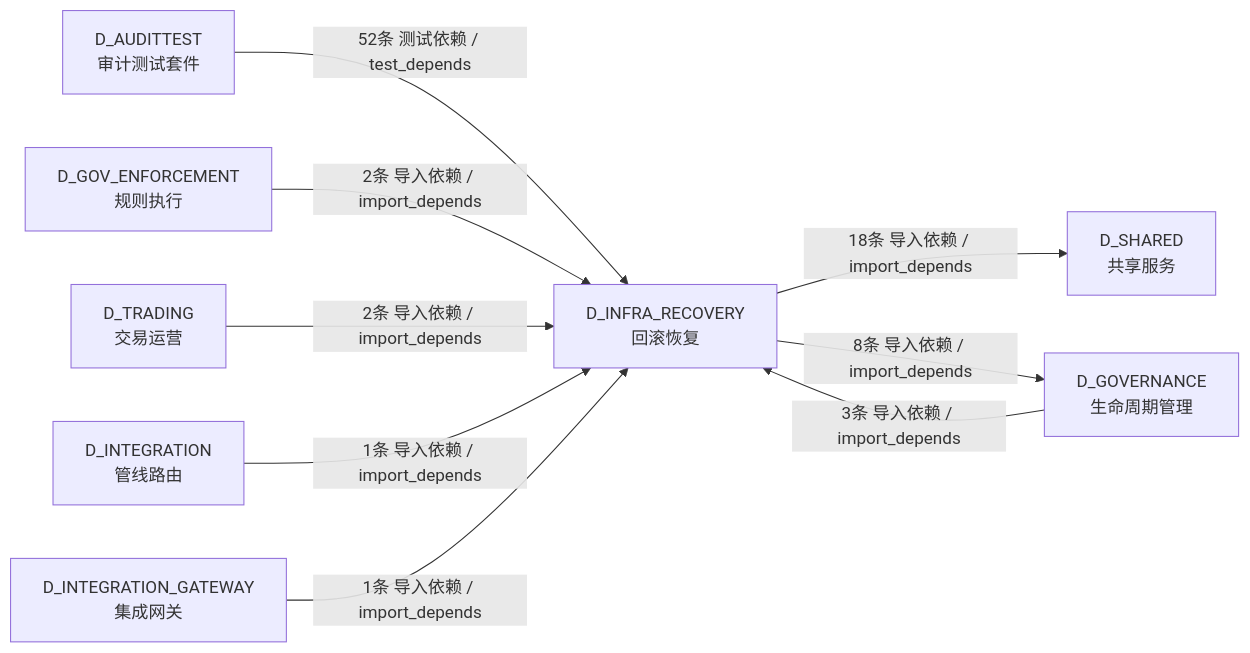
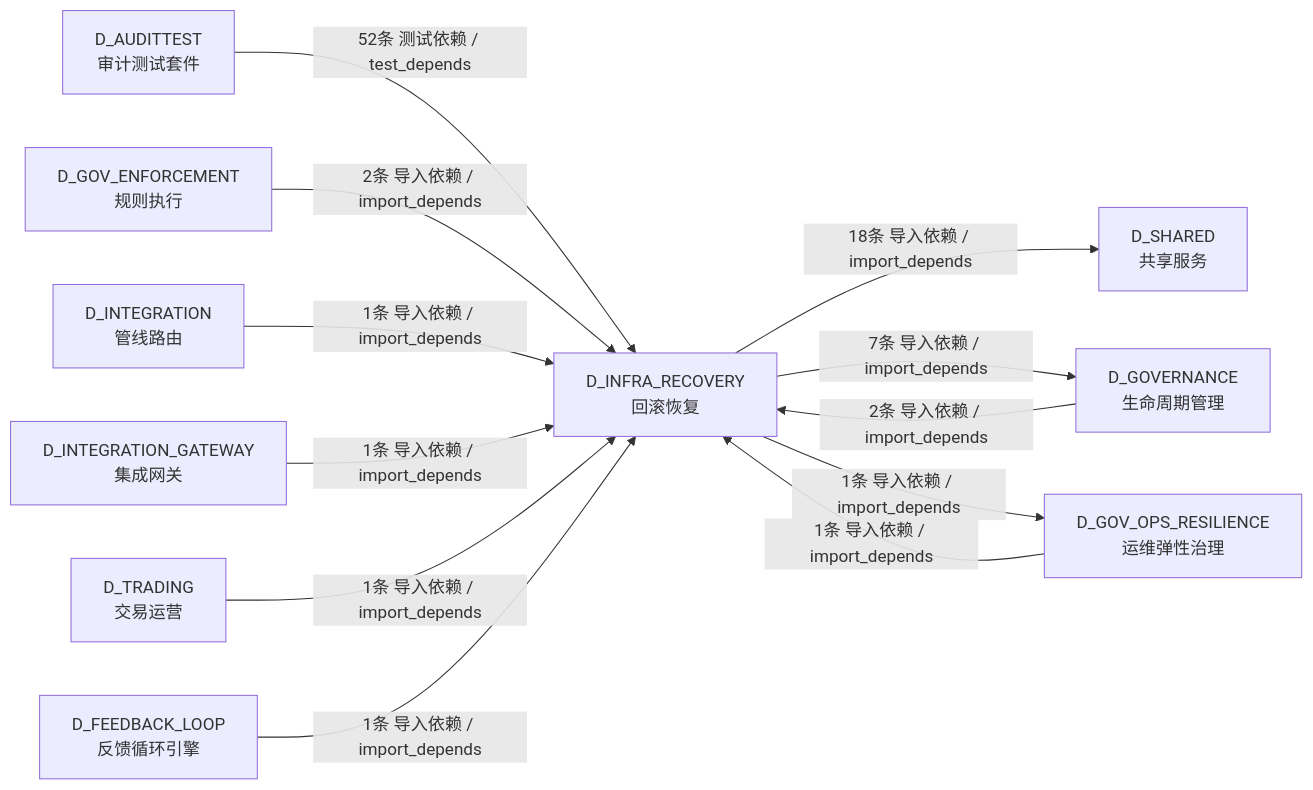
One commit to xuanFelixVan/ZephyrAlpha changed the fifth of 5 diagrams in docs/02_enterprise_architecture/02_domain_architecture_docs/03_d_infra_recovery.md. Above: the diagram before and after it, drawn with Mermaid. The commit also changed other lines of this file and 85 other files, not shown here.

````diff
--- a/docs/02_enterprise_architecture/02_domain_architecture_docs/03_d_infra_recovery.md
+++ b/docs/02_enterprise_architecture/02_domain_architecture_docs/03_d_infra_recovery.md
@@ -546,19 +548,24 @@
 ```mermaid
 graph LR
     D_INFRA_RECOVERY["D_INFRA_RECOVERY<br/>回滚恢复"]
     D_SHARED["D_SHARED<br/>共享服务"]
     D_GOVERNANCE["D_GOVERNANCE<br/>生命周期管理"]
+    D_GOV_OPS_RESILIENCE["D_GOV_OPS_RESILIENCE<br/>运维弹性治理"]
     D_AUDITTEST["D_AUDITTEST<br/>审计测试套件"]
     D_GOV_ENFORCEMENT["D_GOV_ENFORCEMENT<br/>规则执行"]
-    D_TRADING["D_TRADING<br/>交易运营"]
     D_INTEGRATION["D_INTEGRATION<br/>管线路由"]
     D_INTEGRATION_GATEWAY["D_INTEGRATION_GATEWAY<br/>集成网关"]
+    D_TRADING["D_TRADING<br/>交易运营"]
+    D_FEEDBACK_LOOP["D_FEEDBACK_LOOP<br/>反馈循环引擎"]
     D_INFRA_RECOVERY -->|18条 导入依赖 / import_depends| D_SHARED
-    D_INFRA_RECOVERY -->|8条 导入依赖 / import_depends| D_GOVERNANCE
+    D_INFRA_RECOVERY -->|7条 导入依赖 / import_depends| D_GOVERNANCE
+    D_INFRA_RECOVERY -->|1条 导入依赖 / import_depends| D_GOV_OPS_RESILIENCE
     D_AUDITTEST -->|52条 测试依赖 / test_depends| D_INFRA_RECOVERY
-    D_GOVERNANCE -->|3条 导入依赖 / import_depends| D_INFRA_RECOVERY
     D_GOV_ENFORCEMENT -->|2条 导入依赖 / import_depends| D_INFRA_RECOVERY
-    D_TRADING -->|2条 导入依赖 / import_depends| D_INFRA_RECOVERY
+    D_GOVERNANCE -->|2条 导入依赖 / import_depends| D_INFRA_RECOVERY
     D_INTEGRATION -->|1条 导入依赖 / import_depends| D_INFRA_RECOVERY
     D_INTEGRATION_GATEWAY -->|1条 导入依赖 / import_depends| D_INFRA_RECOVERY
+    D_TRADING -->|1条 导入依赖 / import_depends| D_INFRA_RECOVERY
+    D_FEEDBACK_LOOP -->|1条 导入依赖 / import_depends| D_INFRA_RECOVERY
+    D_GOV_OPS_RESILIENCE -->|1条 导入依赖 / import_depends| D_INFRA_RECOVERY
 ```
````
